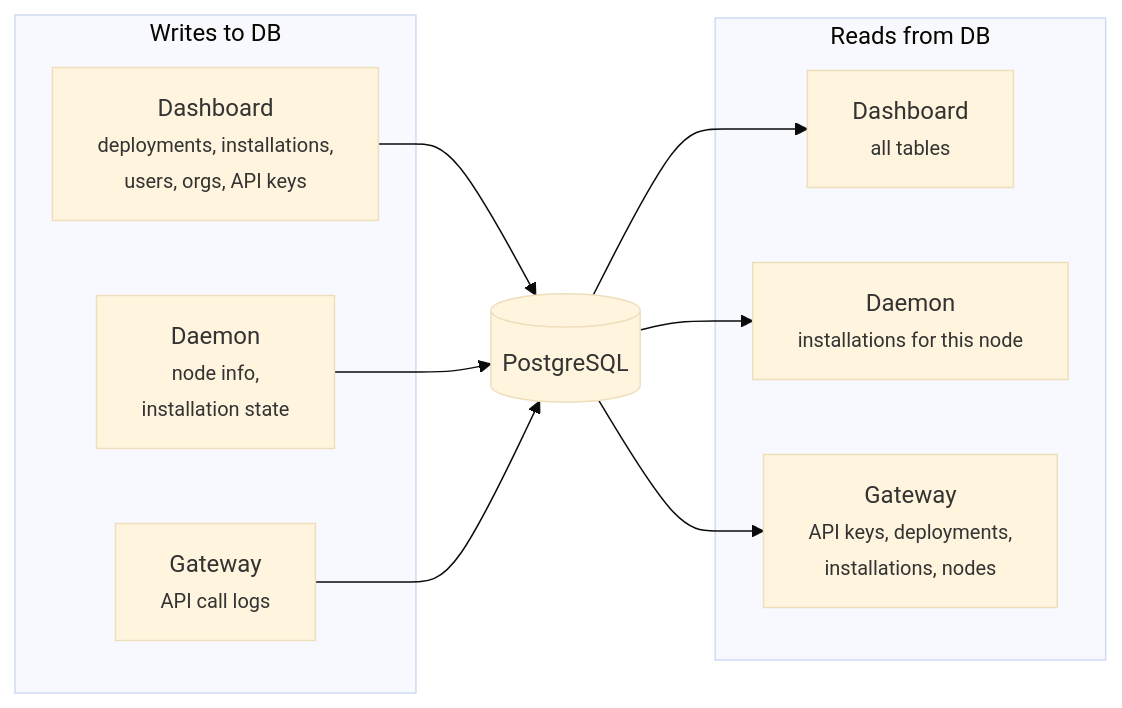
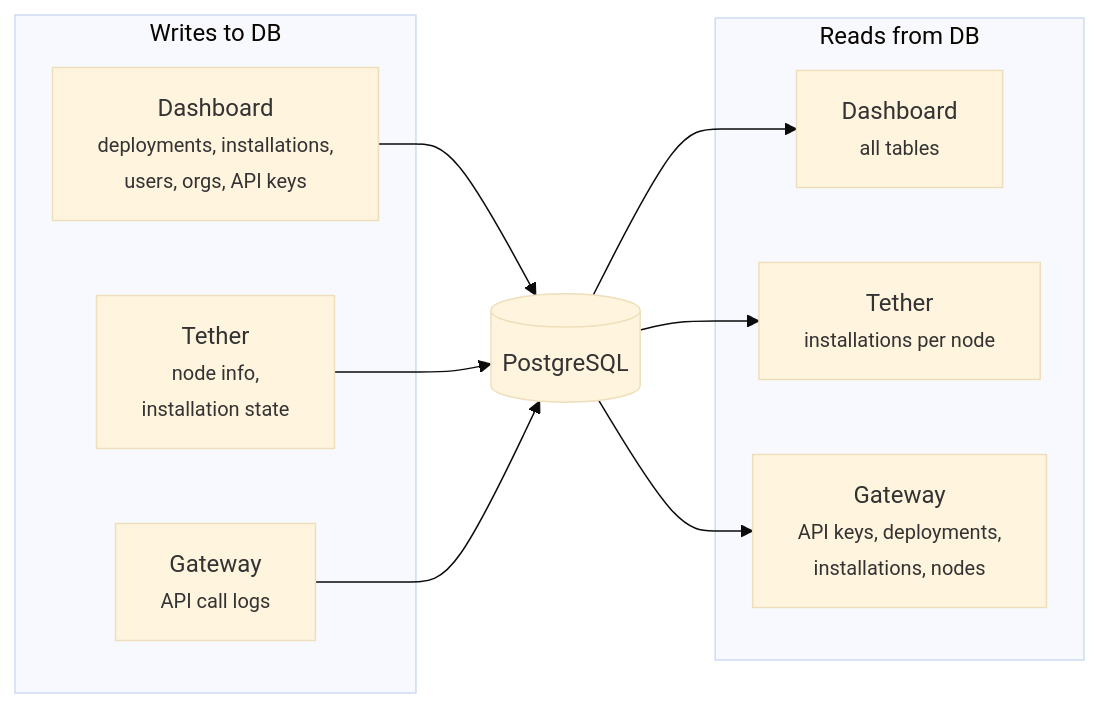
Before and after one commit to xinity-ai/xinity-ai: the second of 3 diagrams in docs/architecture.md, drawn with Mermaid (base theme). The commit also changed other lines of this file and 11 other files, not shown here.

````diff
--- a/docs/architecture.md
+++ b/docs/architecture.md
@@ -204,23 +218,23 @@
 ```mermaid
 graph LR
     subgraph "Writes to DB"
         DashW["Dashboard<br/><small>deployments, installations,<br/>users, orgs, API keys</small>"]
-        DaemonW["Daemon<br/><small>node info,<br/>installation state</small>"]
+        TetherW["Tether<br/><small>node info,<br/>installation state</small>"]
         GatewayW["Gateway<br/><small>API call logs</small>"]
     end
 
     DB[("PostgreSQL")]
 
     subgraph "Reads from DB"
         DashR["Dashboard<br/><small>all tables</small>"]
-        DaemonR["Daemon<br/><small>installations for this node</small>"]
+        TetherR["Tether<br/><small>installations per node</small>"]
         GatewayR["Gateway<br/><small>API keys, deployments,<br/>installations, nodes</small>"]
     end
 
     DashW --> DB
-    DaemonW --> DB
+    TetherW --> DB
     GatewayW --> DB
     DB --> DashR
-    DB --> DaemonR
+    DB --> TetherR
     DB --> GatewayR
 ```
````
